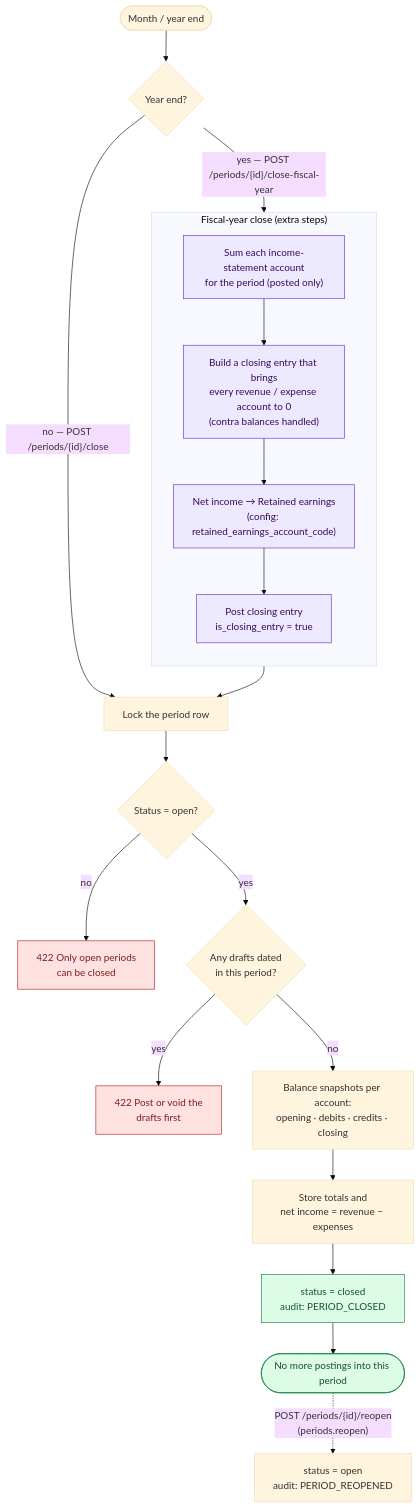
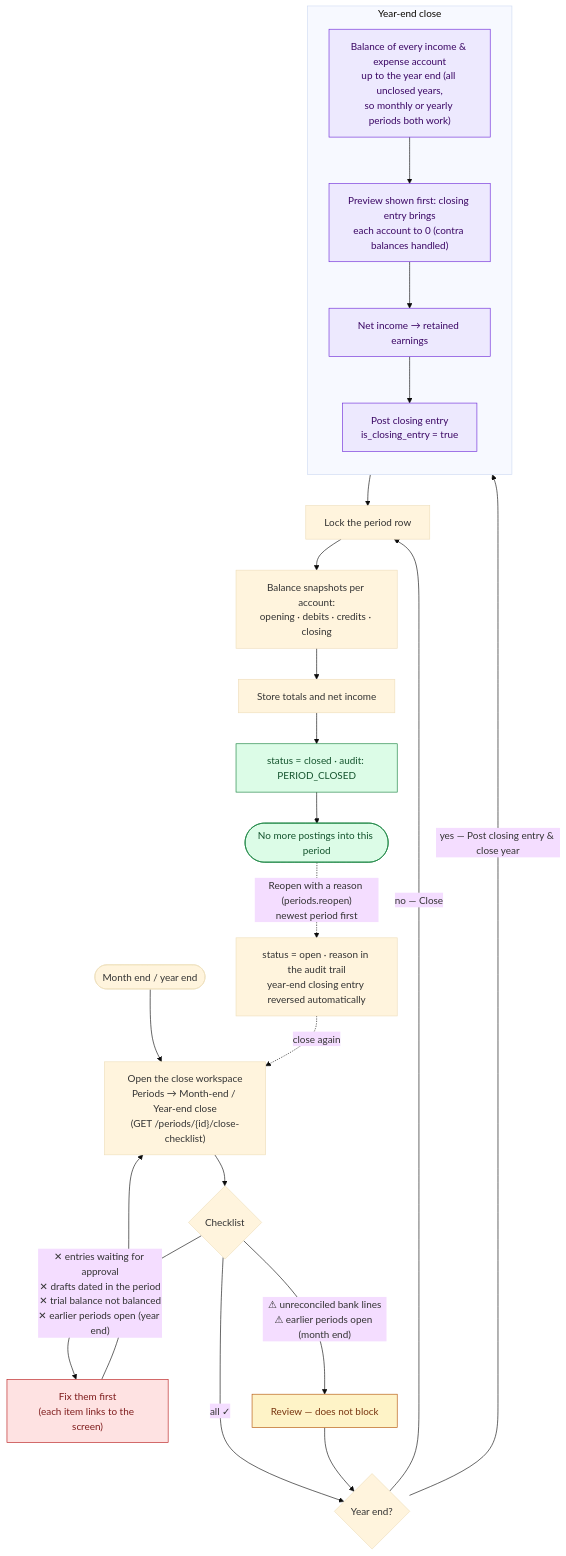
One commit to alimarchal/laravel-chart-of-accounts-package changed the diagram in docs/diagrams/05-period-close.mmd. Above: the diagram before and after it, drawn with Mermaid (base theme). The commit also changed 23 other files, not shown here.

First line of the commit message:
Release 2.3.0: Month-end and year-end close (#5)

```diff
--- a/docs/diagrams/05-period-close.mmd
+++ b/docs/diagrams/05-period-close.mmd
@@ -1,29 +1,34 @@
 flowchart TD
-    A(["Month / year end"]) --> B{"Year end?"}
-    B -->|"no — POST /periods/{id}/close"| C
-    B -->|"yes — POST /periods/{id}/close-fiscal-year"| Y1
+    A(["Month end / year end"]) --> W["Open the close workspace<br/>Periods → Month-end / Year-end close<br/>(GET /periods/{id}/close-checklist)"]
+    W --> K{"Checklist"}
+    K -->|"✕ entries waiting for approval<br/>✕ drafts dated in the period<br/>✕ trial balance not balanced<br/>✕ earlier periods open (year end)"| FIX["Fix them first<br/>(each item links to the screen)"]
+    FIX --> W
+    K -->|"⚠ unreconciled bank lines<br/>⚠ earlier periods open (month end)"| REV["Review — does not block"]
+    K -->|"all ✓"| B{"Year end?"}
+    REV --> B
+    B -->|"no — Close"| C
+    B -->|"yes — Post closing entry & close year"| Y1
 
-    subgraph YE["Fiscal-year close (extra steps)"]
+    subgraph YE["Year-end close"]
         direction TB
-        Y1["Sum each income-statement account<br/>for the period (posted only)"] --> Y2["Build a closing entry that brings<br/>every revenue / expense account to 0<br/>(contra balances handled)"]
-        Y2 --> Y3["Net income → Retained earnings<br/>(config: retained_earnings_account_code)"]
+        Y1["Balance of every income &amp; expense account<br/>up to the year end (all unclosed years,<br/>so monthly or yearly periods both work)"] --> Y2["Preview shown first: closing entry brings<br/>each account to 0 (contra balances handled)"]
+        Y2 --> Y3["Net income → retained earnings"]
         Y3 --> Y4["Post closing entry<br/>is_closing_entry = true"]
     end
 
     Y4 --> C
-    C["Lock the period row"] --> D{"Status = open?"}
-    D -->|no| X1["422 Only open periods<br/>can be closed"]
-    D -->|yes| E{"Any drafts dated<br/>in this period?"}
-    E -->|yes| X2["422 Post or void the<br/>drafts first"]
-    E -->|no| F["Balance snapshots per account:<br/>opening · debits · credits · closing"]
-    F --> G["Store totals and<br/>net income = revenue − expenses"]
-    G --> H["status = closed<br/>audit: PERIOD_CLOSED"]
+    C["Lock the period row"] --> F["Balance snapshots per account:<br/>opening · debits · credits · closing"]
+    F --> G["Store totals and net income"]
+    G --> H["status = closed · audit: PERIOD_CLOSED"]
     H --> I(["No more postings into this period"])
-    I -.->|"POST /periods/{id}/reopen<br/>(periods.reopen)"| R["status = open<br/>audit: PERIOD_REOPENED"]
+    I -.->|"Reopen with a reason (periods.reopen)<br/>newest period first"| R["status = open · reason in the audit trail<br/>year-end closing entry reversed automatically"]
+    R -.->|"close again"| W
 
     classDef bad fill:#fee2e2,stroke:#b91c1c,color:#7f1d1d
+    classDef warn fill:#fef3c7,stroke:#b45309,color:#78350f
     classDef good fill:#dcfce7,stroke:#15803d,color:#14532d
     classDef ye fill:#ede9fe,stroke:#6d28d9,color:#3b0764
-    class X1,X2 bad
+    class FIX bad
+    class REV warn
     class H,I good
     class Y1,Y2,Y3,Y4 ye
```
